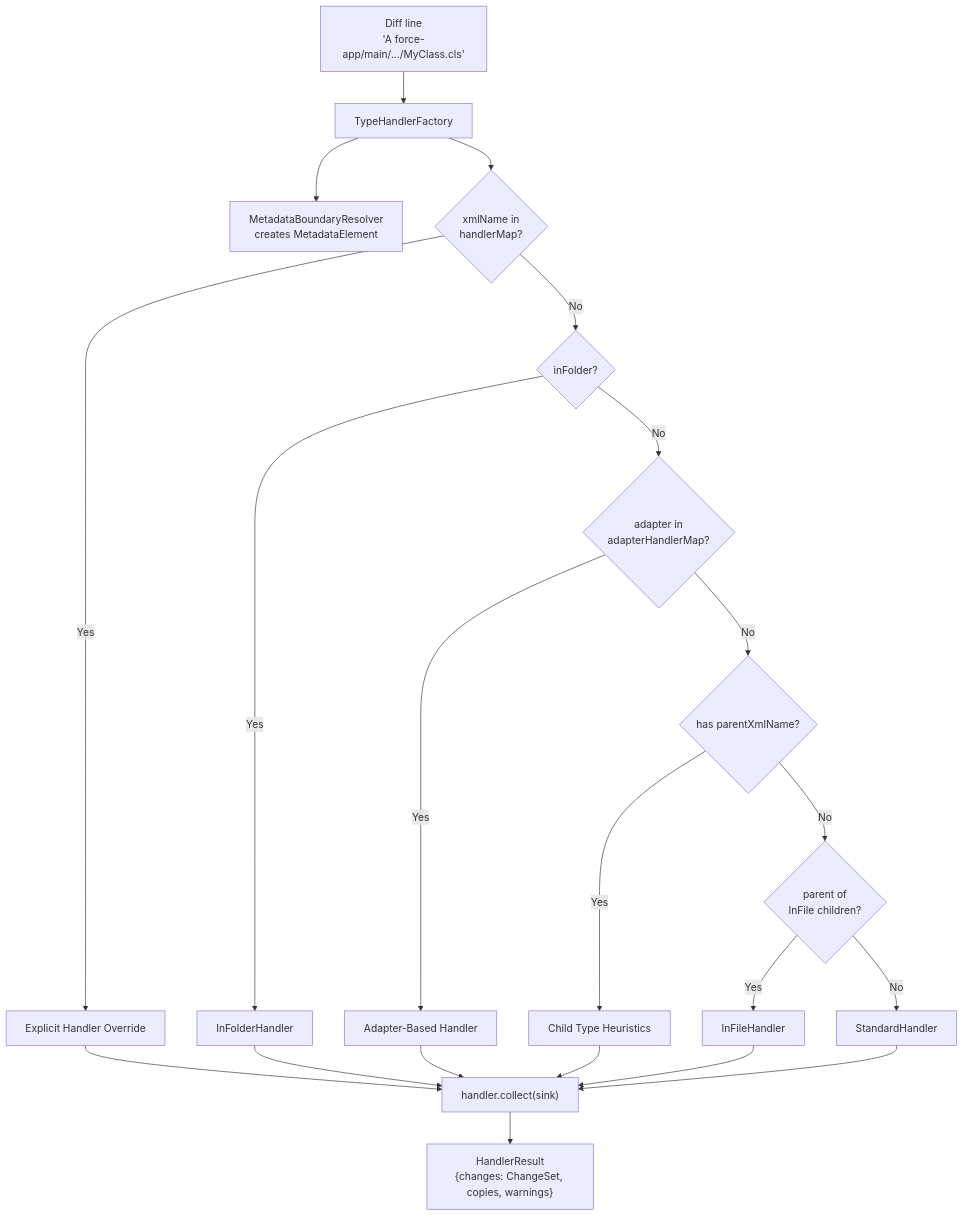
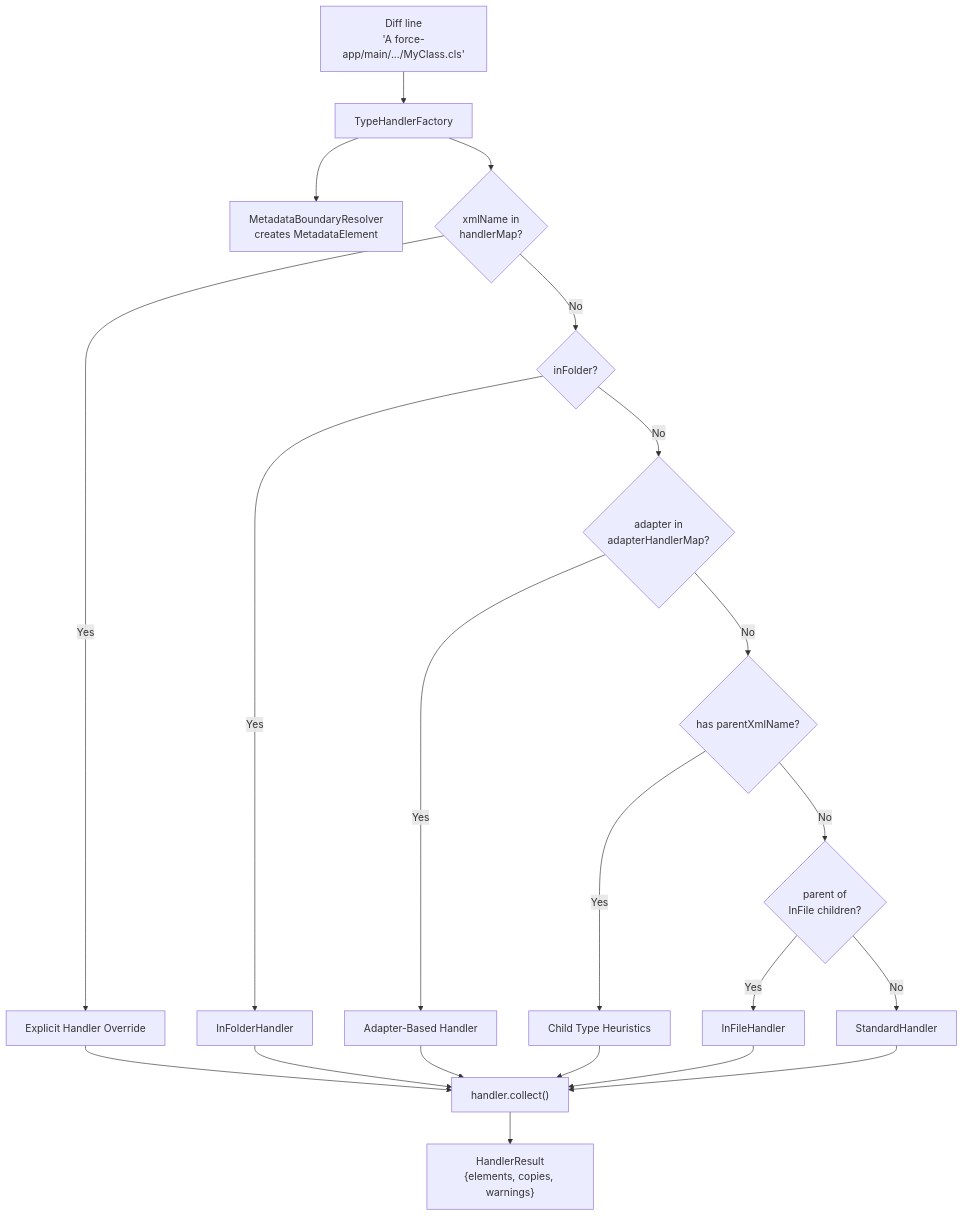
The third of 5 diagrams in DESIGN.md (scolladon/sfdx-git-delta), drawn with Mermaid before and after one commit. The commit also changed other lines of this file and 80 other files, not shown here.

````diff
--- a/DESIGN.md
+++ b/DESIGN.md
@@ -125,23 +125,23 @@
 ```mermaid
 flowchart TD
     Line["Diff line<br/>'A force-app/main/.../MyClass.cls'"] --> TF["TypeHandlerFactory"]
     TF --> ME["MetadataBoundaryResolver<br/>creates MetadataElement"]
     TF --> T1{"xmlName in<br/>handlerMap?"}
     T1 -->|Yes| SH["Explicit Handler Override"]
     T1 -->|No| T2{"inFolder?"}
     T2 -->|Yes| IF["InFolderHandler"]
     T2 -->|No| T3{"adapter in<br/>adapterHandlerMap?"}
     T3 -->|Yes| AH["Adapter-Based Handler"]
     T3 -->|No| T4{"has parentXmlName?"}
     T4 -->|Yes| CH["Child Type Heuristics"]
     T4 -->|No| T5{"parent of<br/>InFile children?"}
     T5 -->|Yes| IFH["InFileHandler"]
     T5 -->|No| DH["StandardHandler"]
-    CH --> C["handler.collect(sink)"]
+    CH --> C["handler.collect()"]
     SH --> C
     IF --> C
     AH --> C
     IFH --> C
     DH --> C
-    C --> HR["HandlerResult<br/>{changes: ChangeSet, copies, warnings}"]
+    C --> HR["HandlerResult<br/>{elements, copies, warnings}"]
 ```
````
